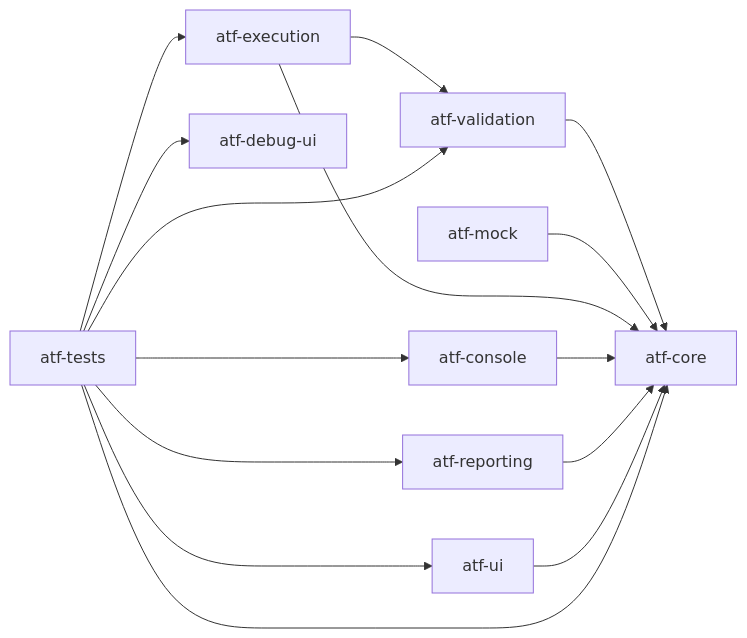
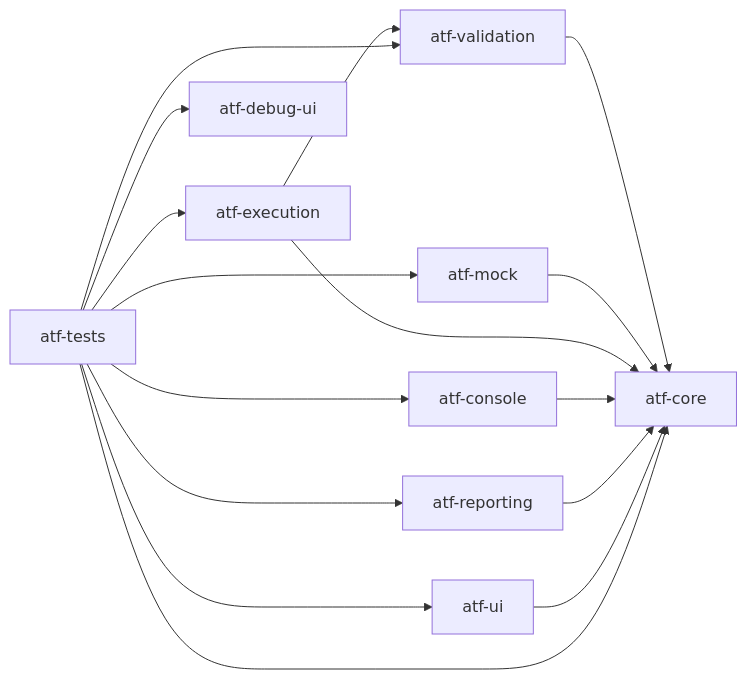
Before and after one commit to crististefanita/demo2: the third of 4 diagrams in README.md, drawn with Mermaid. The commit also changed other lines of this file and 51 other files, not shown here.

````diff
--- a/README.md
+++ b/README.md
@@ -140,17 +141,18 @@
 ```mermaid
 flowchart LR
+    Tests[atf-tests] --> Execution[atf-execution]
+    Tests --> Mock[atf-mock]
     Validation[atf-validation] --> Core[atf-core]
     Mock[atf-mock] --> Core
     Execution[atf-execution] --> Validation
     Execution --> Core
     Console[atf-console] --> Core
     Reporting[atf-reporting] --> Core
     Ui[atf-ui] --> Core
     Tests --> DebugUi[atf-debug-ui]
-    Tests[atf-tests] --> Execution
     Tests --> Validation
     Tests --> Reporting
     Tests --> Console
     Tests --> Core
     Tests --> Ui
 ```
````
